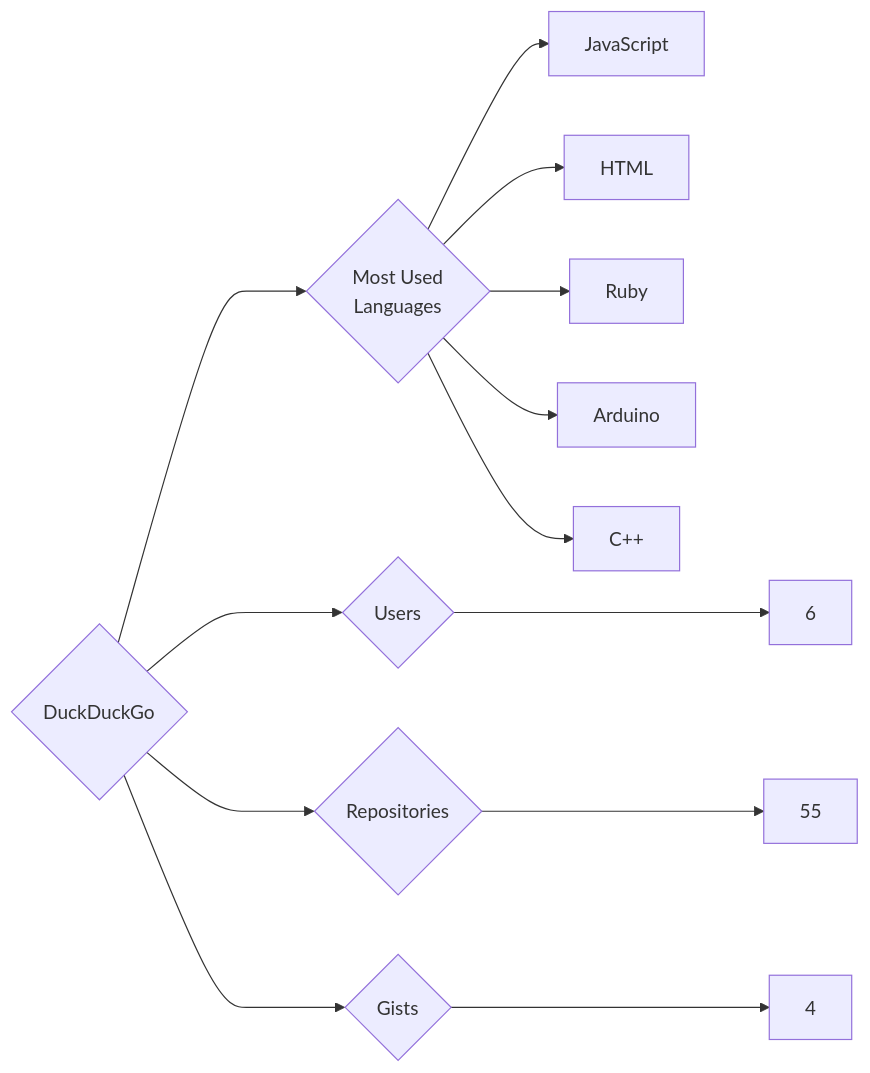
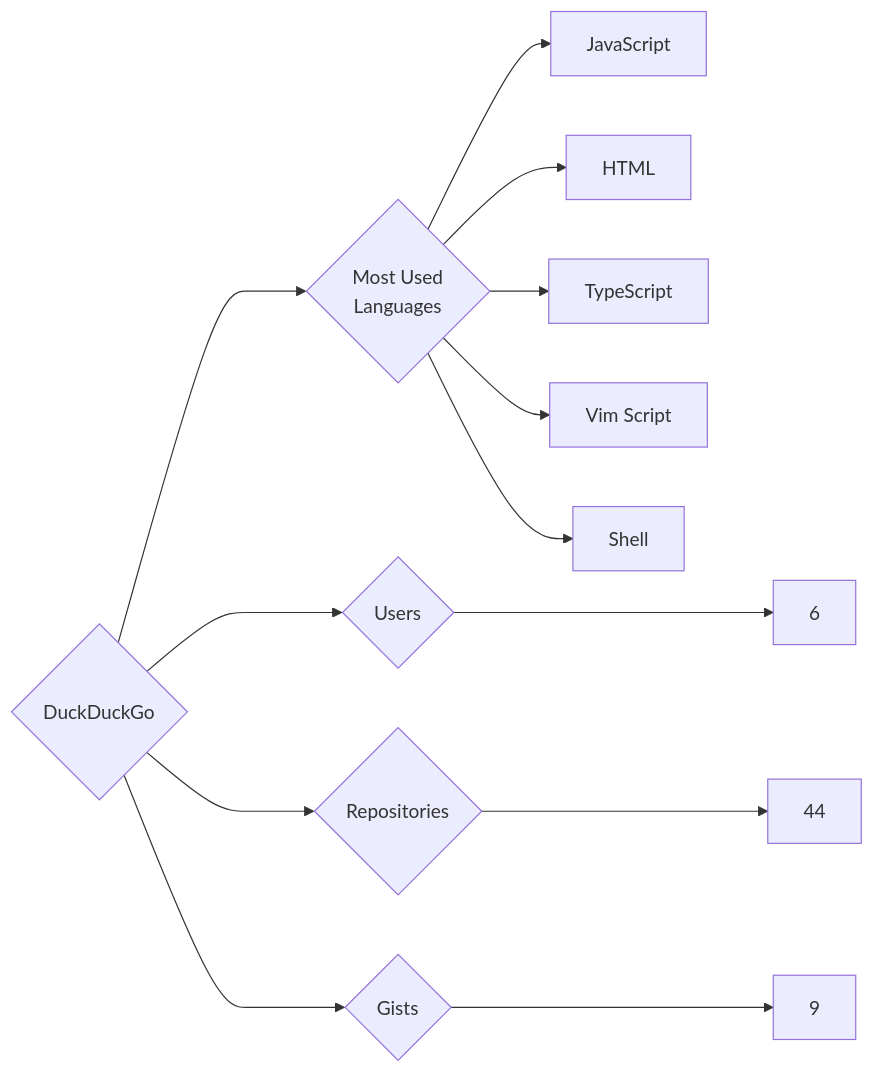
Before and after one commit to trickest/insiders: the diagram in targets/DuckDuckGo/README.md, drawn with Mermaid. The commit also changed 1148 other files, not shown here.

````diff
--- a/targets/DuckDuckGo/README.md
+++ b/targets/DuckDuckGo/README.md
@@ -3,13 +3,13 @@
 ```mermaid
 graph LR
 COMPANY_NAME{DuckDuckGo}
 COMPANY_NAME ---> U{Users} ---> UN[6]
-COMPANY_NAME ---> R{Repositories} ---> RN[55]
-COMPANY_NAME ---> G{Gists} ---> GN[4]
+COMPANY_NAME ---> R{Repositories} ---> RN[44]
+COMPANY_NAME ---> G{Gists} ---> GN[9]
 COMPANY_NAME ---> ML{Most Used<br>Languages}
 ML --> JavaScript[JavaScript]
 ML --> HTML[HTML]
-ML --> Ruby[Ruby]
-ML --> Arduino[Arduino]
-ML --> C++[C++]
+ML --> TypeScript[TypeScript]
+ML --> Vim_Script[Vim Script]
+ML --> Shell[Shell]
 ```
````
